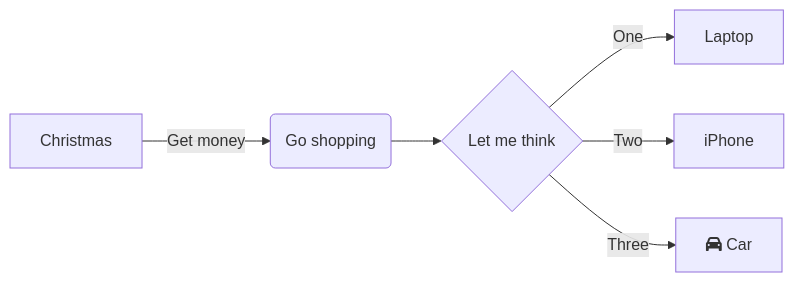
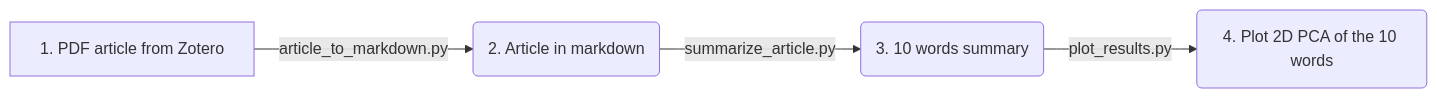
Before and after one commit to NINAnor/ai-social-science: the diagram in README.md, drawn with Mermaid. The commit also changed other lines of this file, not shown here.

````diff
--- a/README.md
+++ b/README.md
@@ -3,13 +7,7 @@
 ```mermaid
 
 flowchart LR
-    A[Christmas] -->|Get money| B(Go shopping)
-    B --> C{Let me think}
-    C -->|One| D[Laptop]
-    C -->|Two| E[iPhone]
-    C -->|Three| F[fa:fa-car Car]
-
-
-
-
+    A[1. PDF article from Zotero] -->|article_to_markdown.py| B(2. Article in markdown)
+    B --> |summarize_article.py| C(3. 10 words summary)
+    C --> |plot_results.py| D(4. Plot 2D PCA of the 10 words)
 ```
````
